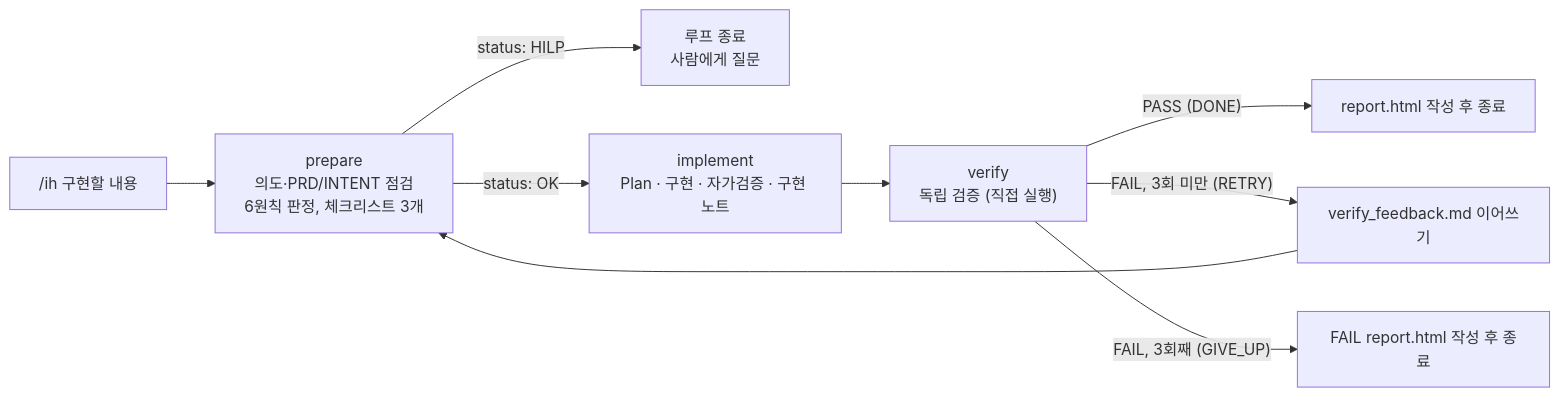
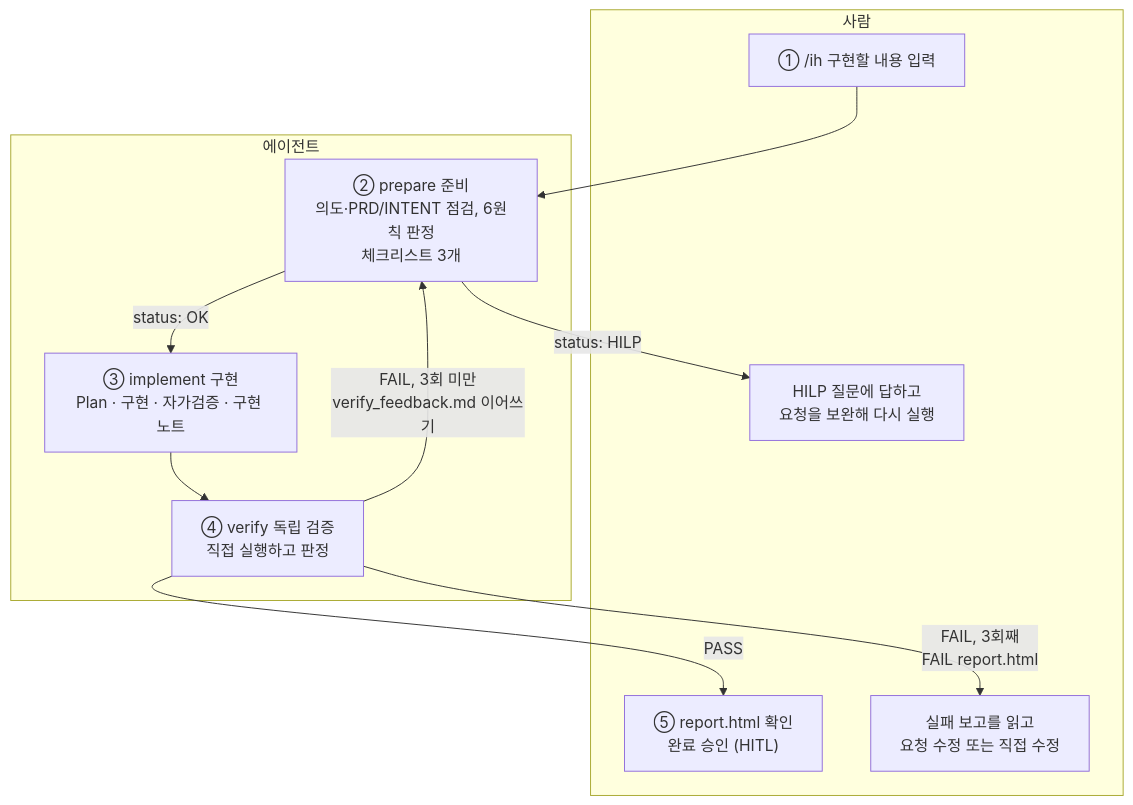
Before and after one commit to sds-code-reviewer-26-8/battery-3-team: the diagram in docs/loops/김현곤/README.md, drawn with Mermaid. The commit also changed other lines of this file, not shown here.

First line of the commit message:
docs: /ih 동작 설명으로 README 재작성 (단계별 에이전트 작업, 사람이 하는 일)

````diff
--- a/docs/loops/김현곤/README.md
+++ b/docs/loops/김현곤/README.md
@@ -17,11 +18,21 @@
 ```mermaid
-flowchart LR
-    U["/ih 구현할 내용"] --> P["prepare<br/>의도·PRD/INTENT 점검<br/>6원칙 판정, 체크리스트 3개"]
-    P -- "status: HILP" --> H["루프 종료<br/>사람에게 질문"]
-    P -- "status: OK" --> I["implement<br/>Plan · 구현 · 자가검증 · 구현 노트"]
-    I --> V["verify<br/>독립 검증 (직접 실행)"]
-    V -- "PASS (DONE)" --> R1["report.html 작성 후 종료"]
-    V -- "FAIL, 3회 미만 (RETRY)" --> F["verify_feedback.md 이어쓰기"]
-    F --> P
-    V -- "FAIL, 3회째 (GIVE_UP)" --> R2["FAIL report.html 작성 후 종료"]
+flowchart TD
+    subgraph 사람
+        A["① /ih 구현할 내용 입력"]
+        Q["HILP 질문에 답하고<br/>요청을 보완해 다시 실행"]
+        Z["⑤ report.html 확인<br/>완료 승인 (HITL)"]
+        Y["실패 보고를 읽고<br/>요청 수정 또는 직접 수정"]
+    end
+    subgraph 에이전트
+        P["② prepare 준비<br/>의도·PRD/INTENT 점검, 6원칙 판정<br/>체크리스트 3개"]
+        I["③ implement 구현<br/>Plan · 구현 · 자가검증 · 구현 노트"]
+        V["④ verify 독립 검증<br/>직접 실행하고 판정"]
+    end
+    A --> P
+    P -- "status: HILP" --> Q
+    P -- "status: OK" --> I
+    I --> V
+    V -- "PASS" --> Z
+    V -- "FAIL, 3회 미만<br/>verify_feedback.md 이어쓰기" --> P
+    V -- "FAIL, 3회째<br/>FAIL report.html" --> Y
 ```
````
